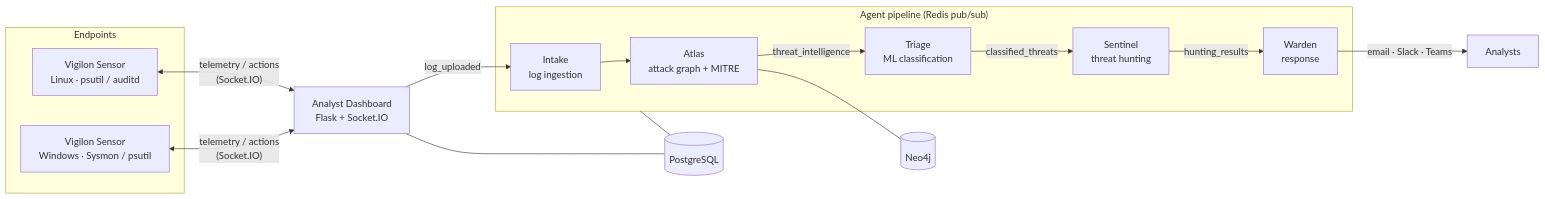
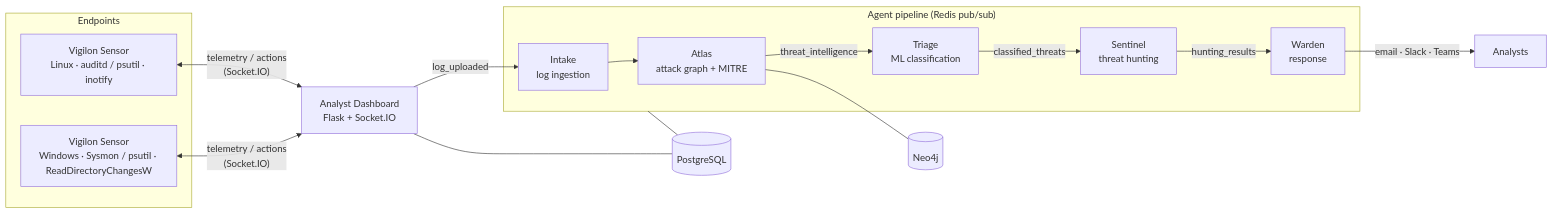
One commit to EduardoNobre-Cyb/vigilon-xdr changed the diagram in README.md. Above: the diagram before and after it, drawn with Mermaid. The commit also changed other lines of this file and 1 other file, not shown here.

````diff
--- a/README.md
+++ b/README.md
@@ -28,24 +38,24 @@
 ```mermaid
 flowchart LR
     subgraph Endpoints
-        L["Vigilon Sensor<br/>Linux · psutil / auditd"]
-        W["Vigilon Sensor<br/>Windows · Sysmon / psutil"]
+        L["Vigilon Sensor<br/>Linux · auditd / psutil · inotify"]
+        W["Vigilon Sensor<br/>Windows · Sysmon / psutil · ReadDirectoryChangesW"]
     end
 
     subgraph Pipeline["Agent pipeline (Redis pub/sub)"]
         I["Intake<br/>log ingestion"] --> A["Atlas<br/>attack graph + MITRE"]
         A -- threat_intelligence --> T["Triage<br/>ML classification"]
         T -- classified_threats --> S["Sentinel<br/>threat hunting"]
         S -- hunting_results --> R["Warden<br/>response"]
     end
 
     D["Analyst Dashboard<br/>Flask + Socket.IO"]
     D -- log_uploaded --> I
     L <-- "telemetry / actions<br/>(Socket.IO)" --> D
     W <-- "telemetry / actions<br/>(Socket.IO)" --> D
     R -- "email · Slack · Teams" --> N["Analysts"]
 
     A --- G[("Neo4j")]
     D --- P[("PostgreSQL")]
     Pipeline --- P
 ```
````
